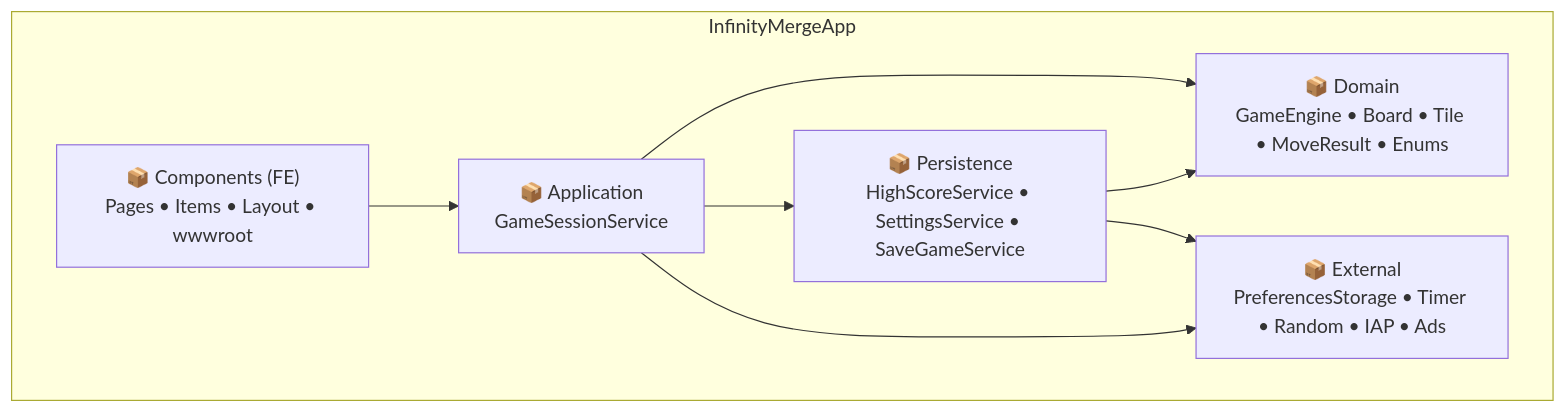
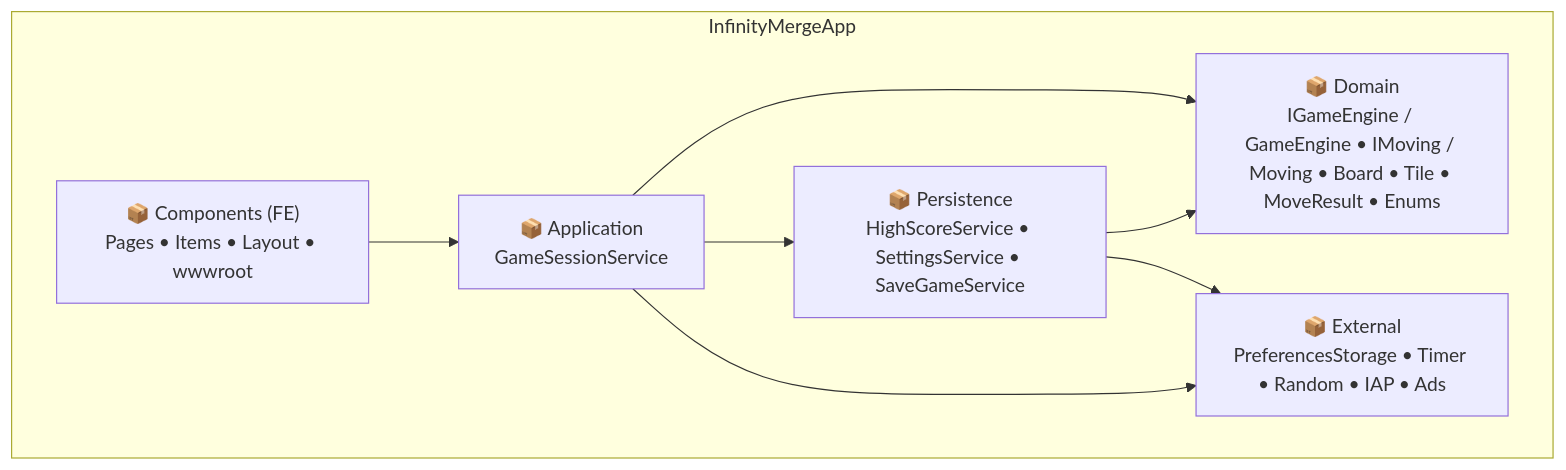
One commit to LeThaiAn15112004/2048-Infinity-Merge changed the fifth of 9 diagrams in Docs/software_design.md. Above: the diagram before and after it, drawn with Mermaid. The commit also changed other lines of this file and 3 other files, not shown here.

````diff
--- a/Docs/software_design.md
+++ b/Docs/software_design.md
@@ -180,16 +181,16 @@
 ```mermaid
 flowchart TB
     subgraph App["InfinityMergeApp"]
         FE["📦 Components (FE)<br/>Pages • Items • Layout • wwwroot"]
         AppL["📦 Application<br/>GameSessionService"]
-        Dom["📦 Domain<br/>GameEngine • Board • Tile • MoveResult • Enums"]
+        Dom["📦 Domain<br/>IGameEngine / GameEngine • IMoving / Moving • Board • Tile • MoveResult • Enums"]
         Per["📦 Persistence<br/>HighScoreService • SettingsService • SaveGameService"]
         Inf["📦 External<br/>PreferencesStorage • Timer • Random • IAP • Ads"]
     end
     FE --> AppL
     AppL --> Dom
     AppL --> Per
     Per --> Dom
     Per --> Inf
     AppL --> Inf
 ```
````
